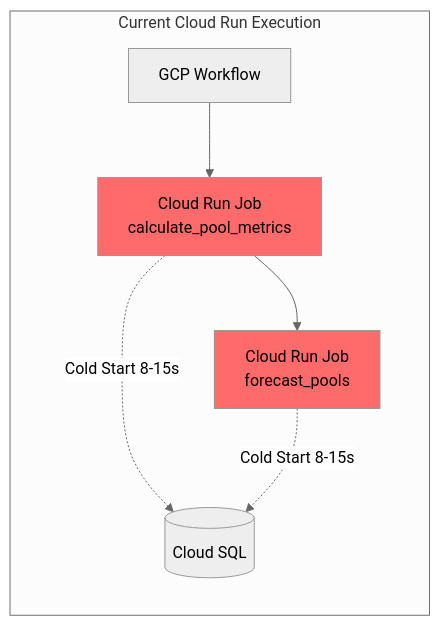
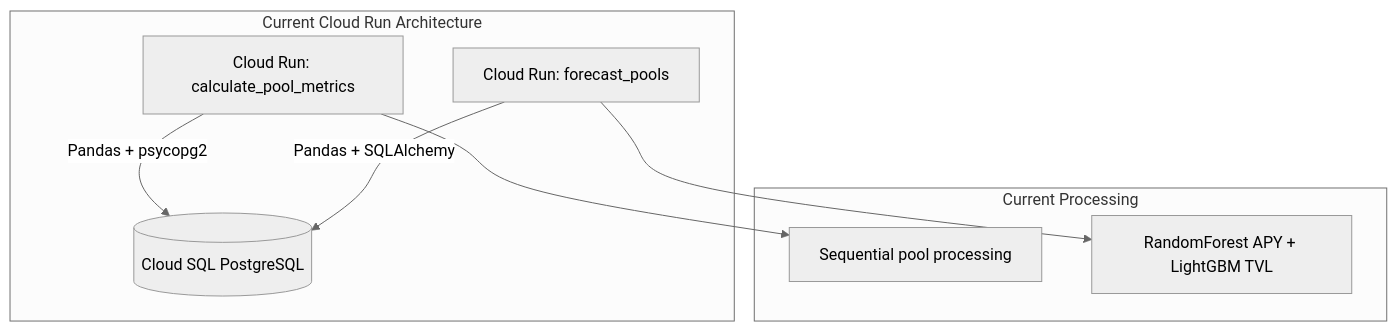
Before and after one commit to Geokoumpa/StablecoinPoolOpt: the first of 4 diagrams in context/dataproc_serverless_migration_plan.md, drawn with Mermaid (neutral theme). The commit also changed other lines of this file, not shown here.

````diff
--- a/context/dataproc_serverless_migration_plan.md
+++ b/context/dataproc_serverless_migration_plan.md
@@ -36,12 +13,16 @@
 ```mermaid
-flowchart LR
-    subgraph "Current Cloud Run Execution"
-        WF[GCP Workflow] --> CR1[Cloud Run Job<br/>calculate_pool_metrics]
-        CR1 --> CR2[Cloud Run Job<br/>forecast_pools]
-        CR1 -.->|Cold Start 8-15s| CS[(Cloud SQL)]
-        CR2 -.->|Cold Start 8-15s| CS
+flowchart TB
+    subgraph "Current Cloud Run Architecture"
+        CR1[Cloud Run: calculate_pool_metrics]
+        CR2[Cloud Run: forecast_pools]
+        DB[(Cloud SQL PostgreSQL)]
+        
+        CR1 -->|Pandas + psycopg2| DB
+        CR2 -->|Pandas + SQLAlchemy| DB
     end
     
-    style CR1 fill:#ff6b6b
-    style CR2 fill:#ff6b6b
+    subgraph "Current Processing"
+        CR1 --> P1[Sequential pool processing]
+        CR2 --> P2[RandomForest APY + LightGBM TVL]
+    end
 ```
````
